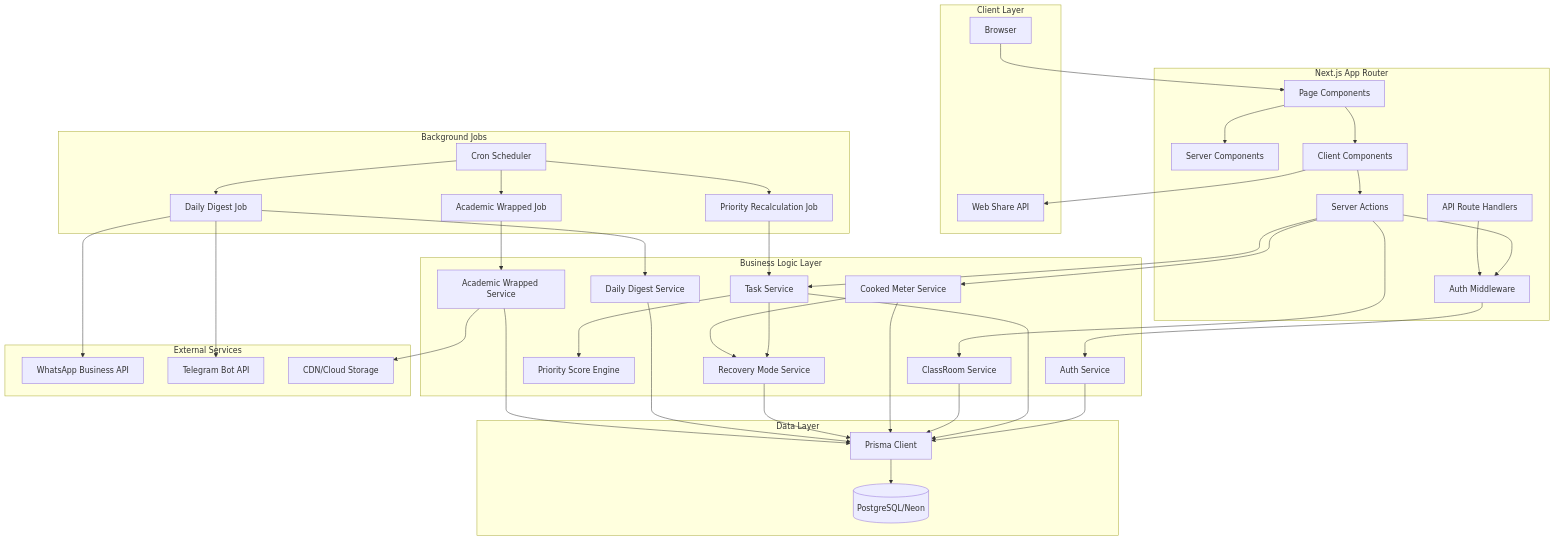
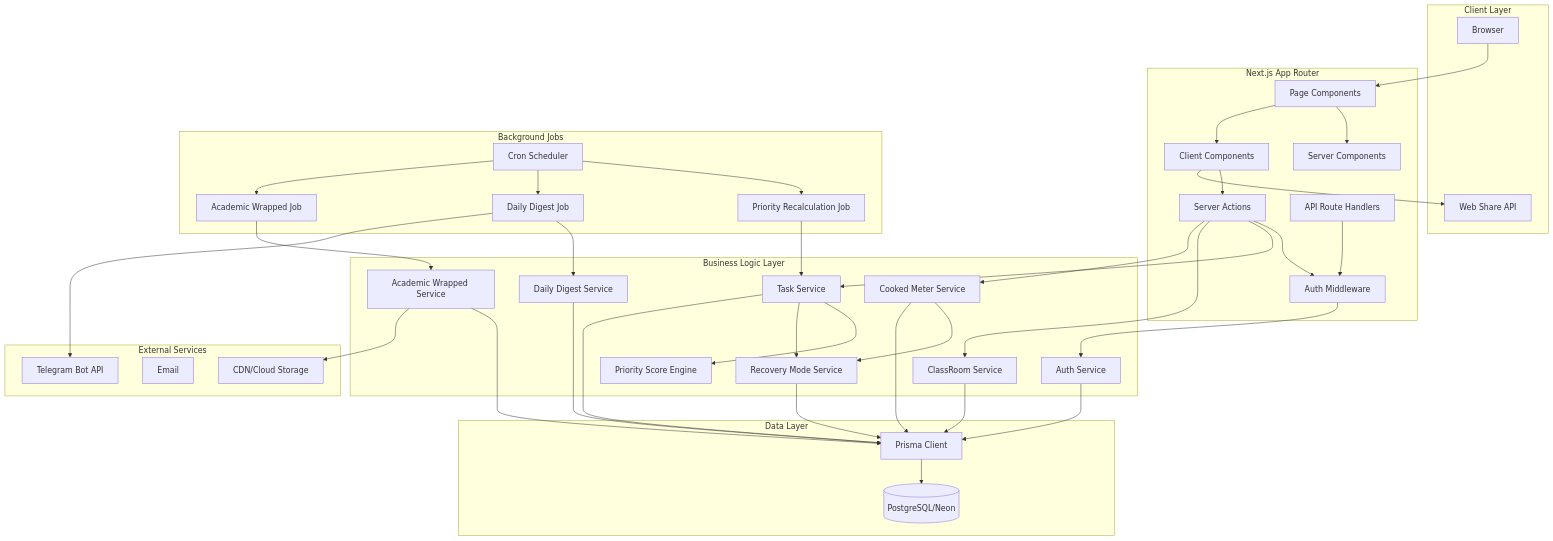
The first of 2 diagrams in design.md (derafli10/project005), drawn with Mermaid before and after one commit. The commit also changed other lines of this file and 28 other files, not shown here.

```diff
--- a/design.md
+++ b/design.md
@@ -77,8 +77,8 @@
     end
     
     subgraph "External Services"
-        WhatsAppAPI[WhatsApp Business API]
         TelegramAPI[Telegram Bot API]
+        Resend[Email]
         CDN[CDN/Cloud Storage]
     end
     
@@ -121,7 +121,6 @@
     
     PriorityRecalc --> TaskService
     DigestJob --> DigestService
-    DigestJob --> WhatsAppAPI
     DigestJob --> TelegramAPI
     WrappedJob --> WrappedService
     WrappedService --> CDN
```
